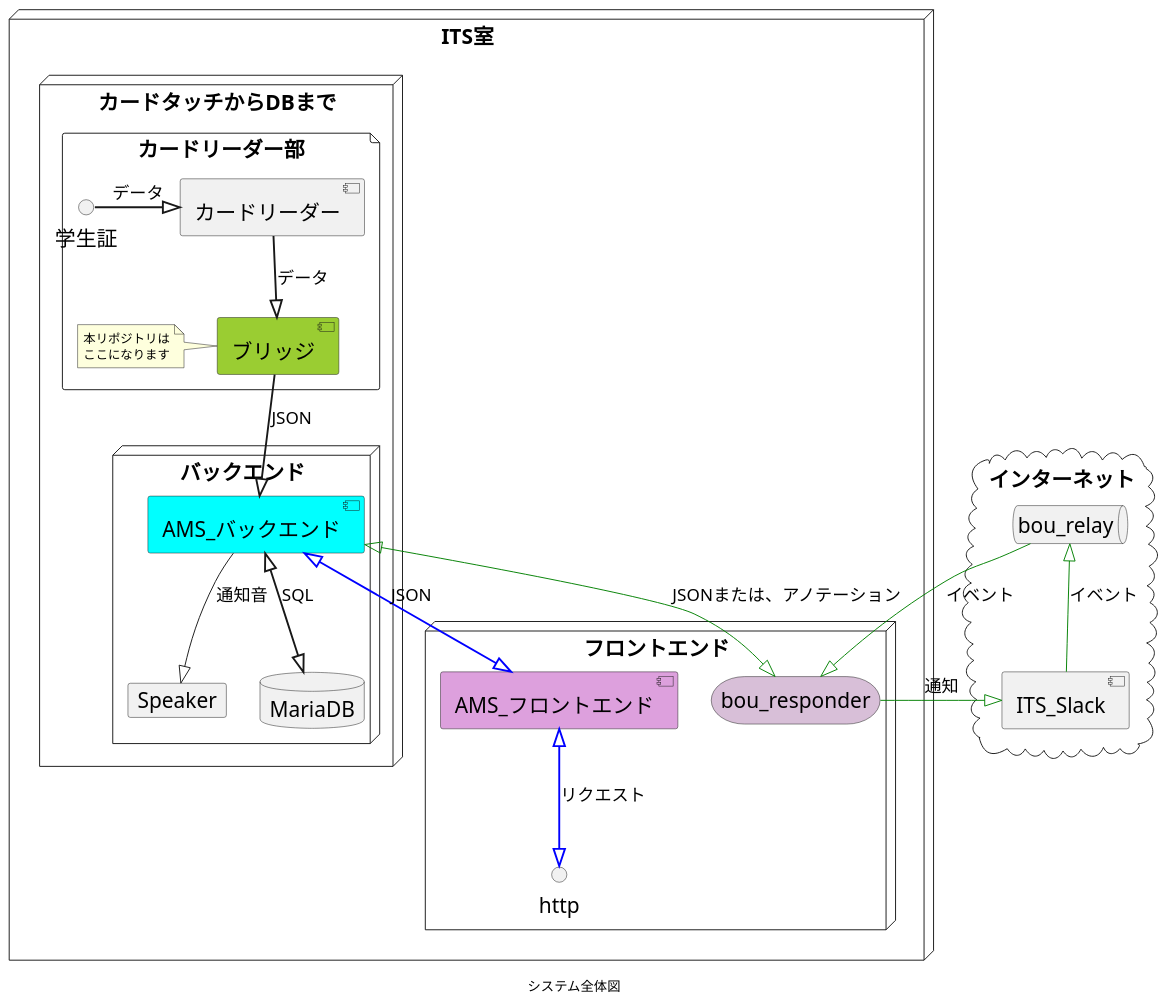
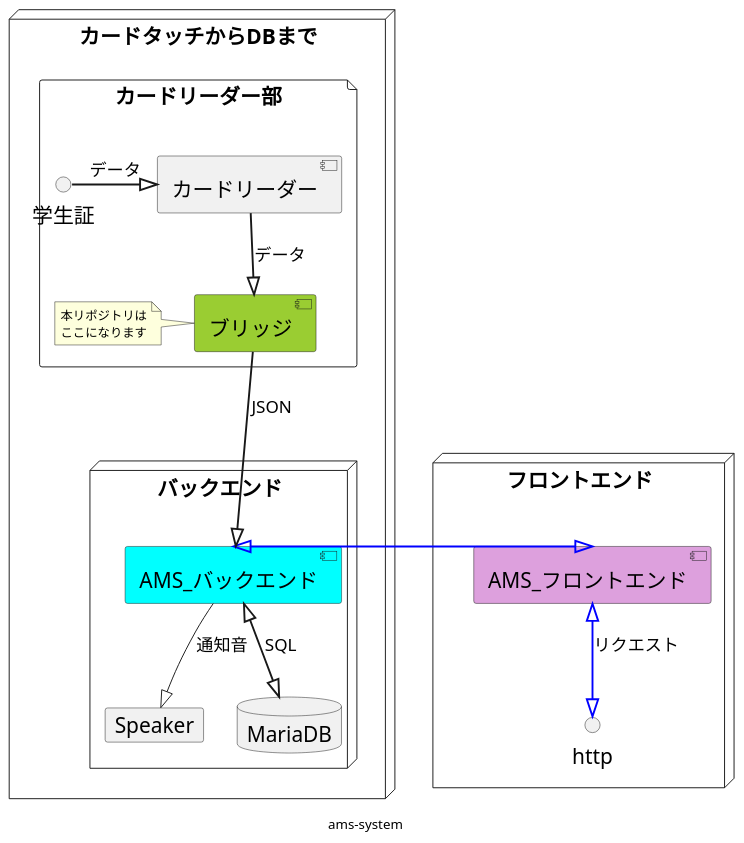
The diagram in docs/AMS_MAP/AMS_MAP.puml (su-its/rdr-bridge), drawn with PlantUML before and after one commit. The commit also changed 1 other file, not shown here.

```diff
--- a/docs/AMS_MAP/AMS_MAP.puml
+++ b/docs/AMS_MAP/AMS_MAP.puml
@@ -1,58 +1,45 @@
 @startuml AMS_MAP
 
 skinparam DefaultFontName メイリオ
 skinparam DefaultFontSize 22
 skinparam ArrowFontSize 18
 skinparam NoteFontSize 13
 
-caption システム全体図
+caption ams-system
 
-node ITS室{
-    node カードタッチからDBまで {
-        file カードリーダー部{
-            interface 学生証
-            [カードリーダー]
-            [ブリッジ] #YellowGreen
-            note left: 本リポジトリは\nここになります
-        }
-        node バックエンド {
-            [AMS_バックエンド] #Aqua
-            database MariaDB
-            card Speaker
-        }
+node カードタッチからDBまで {
+    file カードリーダー部{
+        interface 学生証
+        [カードリーダー]
+        [ブリッジ] #YellowGreen
+        note left: 本リポジトリは\nここになります
     }
-
-    node フロントエンド {
-        [AMS_フロントエンド] #plum
-        storage bou_responder #Thistle
-        interface http
+    node バックエンド {
+        [AMS_バックエンド] #Aqua
+        card Speaker
+        database MariaDB
     }
 }
-cloud インターネット {
-    [ITS_Slack]
-    queue bou_relay
+
+
+node フロントエンド {
+    [AMS_フロントエンド] #plum
+    interface http
 }
 
 ' レイアウト調整
-ITS室 -[hidden]right-> インターネット
-MariaDB -[hidden]left-> Speaker
-[ITS_Slack] -[hidden]up-> bou_relay
+[AMS_バックエンド] -[hidden]right-> [AMS_フロントエンド]
+カードタッチからDBまで -[hidden]up-> フロントエンド
 
 ' カードリーダー&バックエンド部
 学生証 =^ [カードリーダー]: データ
 [カードリーダー] ==^ [ブリッジ]: データ
 [ブリッジ] ==^ [AMS_バックエンド]: JSON
 [AMS_バックエンド] ^==^ MariaDB: SQL
 [AMS_バックエンド] --^ Speaker: 通知音
 
 ' フロンドエンド部
-[AMS_バックエンド] ^=[#blue]=^ [AMS_フロントエンド]: JSON
-[AMS_バックエンド] ^-[#green]-^ [bou_responder]: JSONまたは、アノテーション
+[AMS_バックエンド] ^=[#blue]=^ [AMS_フロントエンド]: \n
 [AMS_フロントエンド] ^=[#blue]=^ http : リクエスト
 
-' インターネット部
-[bou_responder] -[#green]-^ [ITS_Slack]: 通知
-[ITS_Slack] -[#green]-^ [bou_relay]: イベント
-[bou_relay] -[#green]-^ [bou_responder]: イベント
-
 @enduml
```
